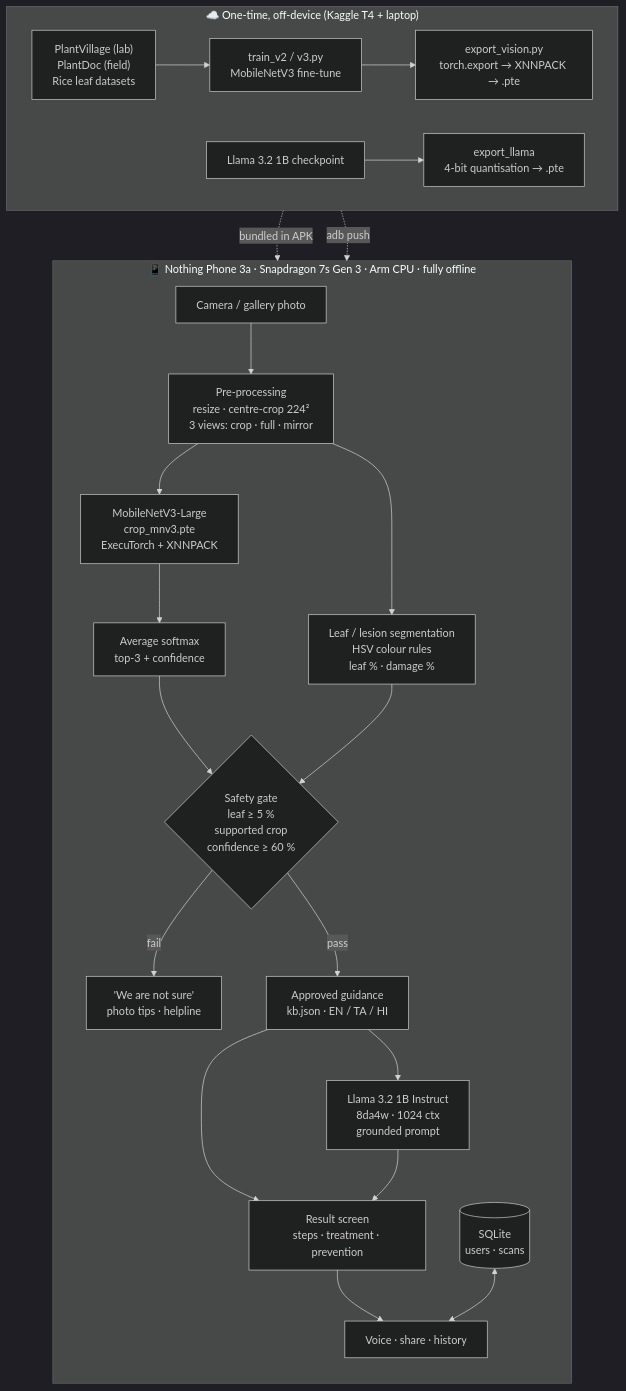
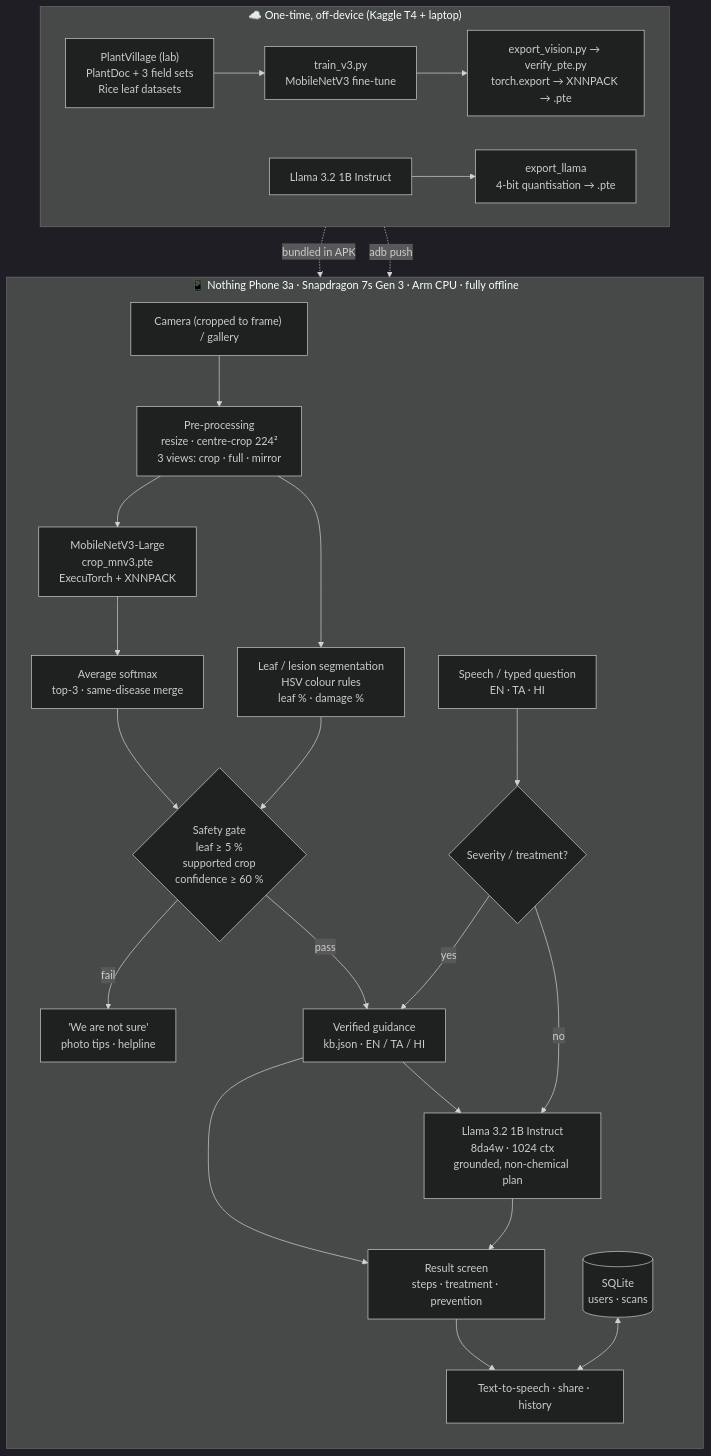
Before and after one commit to amosjebastin-j/uzhavan: the diagram in README.md, drawn with Mermaid (dark theme). The commit also changed other lines of this file and 43 other files, not shown here.

````diff
--- a/README.md
+++ b/README.md
@@ -53,27 +118,30 @@
 ```mermaid
 flowchart TB
     subgraph PHONE["📱 Nothing Phone 3a · Snapdragon 7s Gen 3 · Arm CPU · fully offline"]
         direction TB
-        IMG["Camera / gallery photo"] --> PRE["Pre-processing<br/>resize · centre-crop 224²<br/>3 views: crop · full · mirror"]
+        IMG["Camera (cropped to frame) / gallery"] --> PRE["Pre-processing<br/>resize · centre-crop 224²<br/>3 views: crop · full · mirror"]
         PRE --> CNN["MobileNetV3-Large<br/>crop_mnv3.pte<br/>ExecuTorch + XNNPACK"]
-        CNN --> AVG["Average softmax<br/>top-3 + confidence"]
+        CNN --> AVG["Average softmax<br/>top-3 · same-disease merge"]
         PRE --> SEV["Leaf / lesion segmentation<br/>HSV colour rules<br/>leaf % · damage %"]
         AVG --> GATE{"Safety gate<br/>leaf ≥ 5 %<br/>supported crop<br/>confidence ≥ 60 %"}
         SEV --> GATE
         GATE -- fail --> UNSURE["'We are not sure'<br/>photo tips · helpline"]
-        GATE -- pass --> KB["Approved guidance<br/>kb.json · EN / TA / HI"]
-        KB --> LLM["Llama 3.2 1B Instruct<br/>8da4w · 1024 ctx<br/>grounded prompt"]
+        GATE -- pass --> KB["Verified guidance<br/>kb.json · EN / TA / HI"]
+        KB --> LLM["Llama 3.2 1B Instruct<br/>8da4w · 1024 ctx<br/>grounded, non-chemical plan"]
         KB --> UI["Result screen<br/>steps · treatment · prevention"]
         LLM --> UI
-        UI --> OUT["Voice · share · history"]
+        ASR["Speech / typed question<br/>EN · TA · HI"] --> QA{"Severity / treatment?"}
+        QA -- yes --> KB
+        QA -- no --> LLM
+        UI --> OUT["Text-to-speech · share · history"]
         DB[("SQLite<br/>users · scans")] <--> OUT
     end
     subgraph CLOUD["☁️ One-time, off-device (Kaggle T4 + laptop)"]
         direction LR
-        DATA["PlantVillage (lab)<br/>PlantDoc (field)<br/>Rice leaf datasets"] --> TRAIN["train_v2 / v3.py<br/>MobileNetV3 fine-tune"]
-        TRAIN --> EXP["export_vision.py<br/>torch.export → XNNPACK → .pte"]
-        LL["Llama 3.2 1B checkpoint"] --> LEXP["export_llama<br/>4-bit quantisation → .pte"]
+        DATA["PlantVillage (lab)<br/>PlantDoc + 3 field sets<br/>Rice leaf datasets"] --> TRAIN["train_v3.py<br/>MobileNetV3 fine-tune"]
+        TRAIN --> EXP["export_vision.py → verify_pte.py<br/>torch.export → XNNPACK → .pte"]
+        LL["Llama 3.2 1B Instruct"] --> LEXP["export_llama<br/>4-bit quantisation → .pte"]
     end
     EXP -. bundled in APK .-> CNN
     LEXP -. adb push .-> LLM
 ```
````
